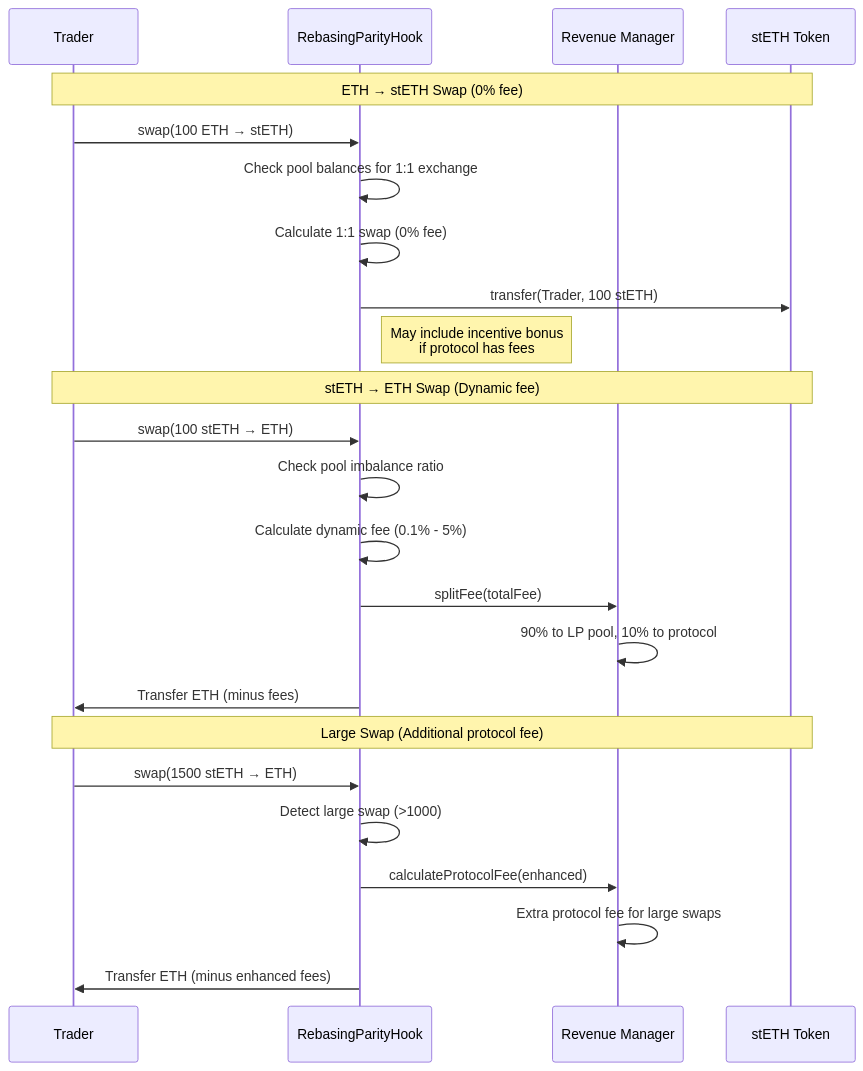
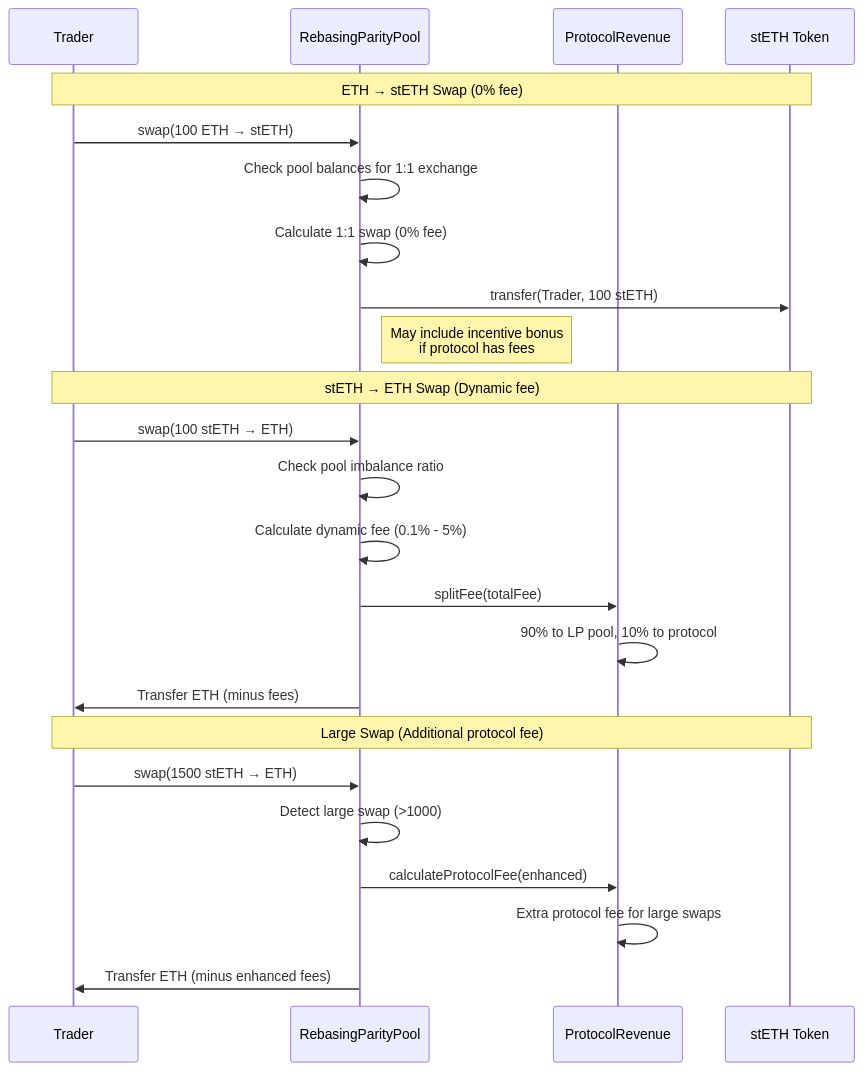
The third of 3 diagrams in README.md (mcmoodoo/stETHer), drawn with Mermaid before and after one commit. The commit also changed other lines of this file, not shown here.

````diff
--- a/README.md
+++ b/README.md
@@ -97,29 +99,29 @@
 ```mermaid
 sequenceDiagram
     participant Trader as Trader
-    participant Pool as RebasingParityHook
-    participant Revenue as Revenue Manager
+    participant Pool as RebasingParityPool
+    participant Revenue as ProtocolRevenue
     participant stETH as stETH Token
 
     Note over Trader,stETH: ETH → stETH Swap (0% fee)
     Trader->>Pool: swap(100 ETH → stETH)
     Pool->>Pool: Check pool balances for 1:1 exchange
     Pool->>Pool: Calculate 1:1 swap (0% fee)
     Pool->>stETH: transfer(Trader, 100 stETH)
     Note right of Pool: May include incentive bonus<br/>if protocol has fees
 
     Note over Trader,stETH: stETH → ETH Swap (Dynamic fee)
     Trader->>Pool: swap(100 stETH → ETH)
     Pool->>Pool: Check pool imbalance ratio
     Pool->>Pool: Calculate dynamic fee (0.1% - 5%)
     Pool->>Revenue: splitFee(totalFee)
     Revenue->>Revenue: 90% to LP pool, 10% to protocol
     Pool->>Trader: Transfer ETH (minus fees)
 
     Note over Trader,stETH: Large Swap (Additional protocol fee)
     Trader->>Pool: swap(1500 stETH → ETH)
     Pool->>Pool: Detect large swap (>1000)
     Pool->>Revenue: calculateProtocolFee(enhanced)
     Revenue->>Revenue: Extra protocol fee for large swaps
     Pool->>Trader: Transfer ETH (minus enhanced fees)
 ```
````
